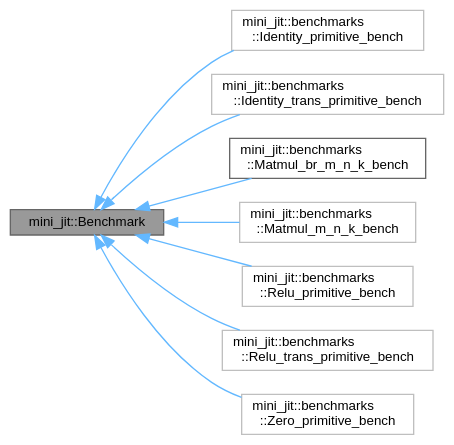
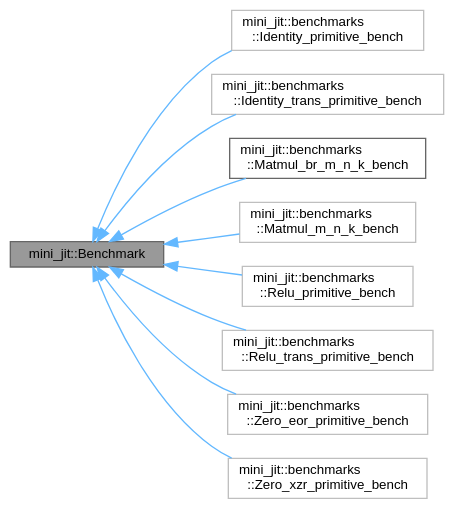
The diagram in classmini__jit_1_1Benchmark__inherit__graph.dot (Shad00Z/machine-learning-compilers), drawn with Graphviz before and after one commit. The commit also changed 36 other files, not shown here.

```diff
--- a/classmini__jit_1_1Benchmark__inherit__graph.dot
+++ b/classmini__jit_1_1Benchmark__inherit__graph.dot
@@ -1,23 +1,25 @@
 digraph "mini_jit::Benchmark"
 {
  // LATEX_PDF_SIZE
   bgcolor="transparent";
   edge [fontname=Helvetica,fontsize=10,labelfontname=Helvetica,labelfontsize=10];
   node [fontname=Helvetica,fontsize=10,shape=box,height=0.2,width=0.4];
   rankdir="LR";
   Node1 [id="Node000001",label="mini_jit::Benchmark",height=0.2,width=0.4,color="gray40", fillcolor="grey60", style="filled", fontcolor="black",tooltip=" "];
   Node1 -> Node2 [id="edge1_Node000001_Node000002",dir="back",color="steelblue1",style="solid",tooltip=" "];
   Node2 [id="Node000002",label="mini_jit::benchmarks\l::Identity_primitive_bench",height=0.2,width=0.4,color="grey75", fillcolor="white", style="filled",URL="$classmini__jit_1_1benchmarks_1_1Identity__primitive__bench.html",tooltip=" "];
   Node1 -> Node3 [id="edge2_Node000001_Node000003",dir="back",color="steelblue1",style="solid",tooltip=" "];
   Node3 [id="Node000003",label="mini_jit::benchmarks\l::Identity_trans_primitive_bench",height=0.2,width=0.4,color="grey75", fillcolor="white", style="filled",URL="$classmini__jit_1_1benchmarks_1_1Identity__trans__primitive__bench.html",tooltip=" "];
   Node1 -> Node4 [id="edge3_Node000001_Node000004",dir="back",color="steelblue1",style="solid",tooltip=" "];
   Node4 [id="Node000004",label="mini_jit::benchmarks\l::Matmul_br_m_n_k_bench",height=0.2,width=0.4,color="gray40", fillcolor="white", style="filled",URL="$classmini__jit_1_1benchmarks_1_1Matmul__br__m__n__k__bench.html",tooltip="Benchmark for matrix multiplication using BRGEMM."];
   Node1 -> Node5 [id="edge4_Node000001_Node000005",dir="back",color="steelblue1",style="solid",tooltip=" "];
   Node5 [id="Node000005",label="mini_jit::benchmarks\l::Matmul_m_n_k_bench",height=0.2,width=0.4,color="grey75", fillcolor="white", style="filled",URL="$classmini__jit_1_1benchmarks_1_1Matmul__m__n__k__bench.html",tooltip=" "];
   Node1 -> Node6 [id="edge5_Node000001_Node000006",dir="back",color="steelblue1",style="solid",tooltip=" "];
   Node6 [id="Node000006",label="mini_jit::benchmarks\l::Relu_primitive_bench",height=0.2,width=0.4,color="grey75", fillcolor="white", style="filled",URL="$classmini__jit_1_1benchmarks_1_1Relu__primitive__bench.html",tooltip=" "];
   Node1 -> Node7 [id="edge6_Node000001_Node000007",dir="back",color="steelblue1",style="solid",tooltip=" "];
   Node7 [id="Node000007",label="mini_jit::benchmarks\l::Relu_trans_primitive_bench",height=0.2,width=0.4,color="grey75", fillcolor="white", style="filled",URL="$classmini__jit_1_1benchmarks_1_1Relu__trans__primitive__bench.html",tooltip=" "];
   Node1 -> Node8 [id="edge7_Node000001_Node000008",dir="back",color="steelblue1",style="solid",tooltip=" "];
-  Node8 [id="Node000008",label="mini_jit::benchmarks\l::Zero_primitive_bench",height=0.2,width=0.4,color="grey75", fillcolor="white", style="filled",URL="$classmini__jit_1_1benchmarks_1_1Zero__primitive__bench.html",tooltip=" "];
+  Node8 [id="Node000008",label="mini_jit::benchmarks\l::Zero_eor_primitive_bench",height=0.2,width=0.4,color="grey75", fillcolor="white", style="filled",URL="$classmini__jit_1_1benchmarks_1_1Zero__eor__primitive__bench.html",tooltip=" "];
+  Node1 -> Node9 [id="edge8_Node000001_Node000009",dir="back",color="steelblue1",style="solid",tooltip=" "];
+  Node9 [id="Node000009",label="mini_jit::benchmarks\l::Zero_xzr_primitive_bench",height=0.2,width=0.4,color="grey75", fillcolor="white", style="filled",URL="$classmini__jit_1_1benchmarks_1_1Zero__xzr__primitive__bench.html",tooltip=" "];
 }
```
